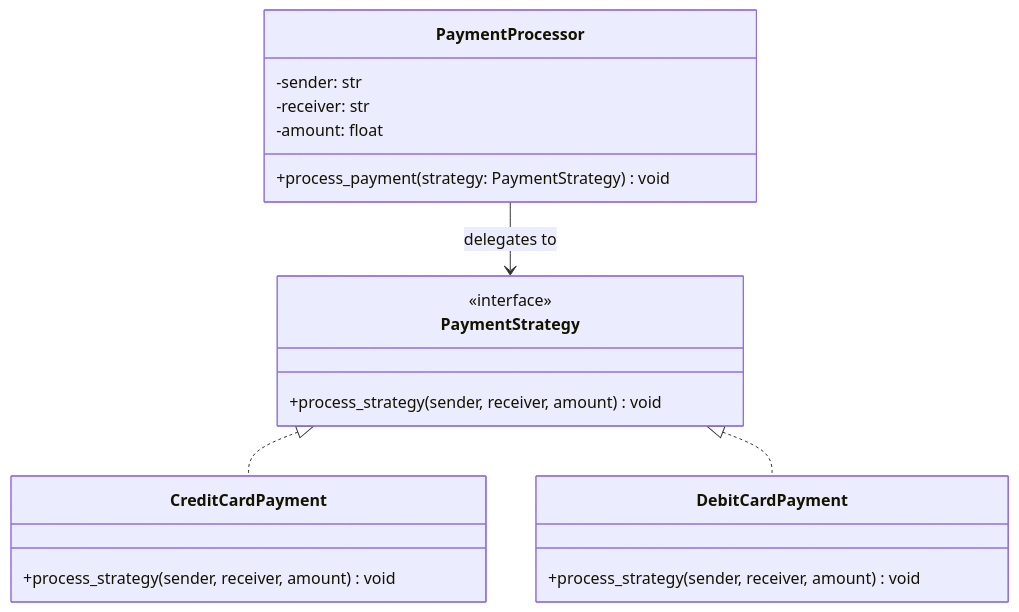
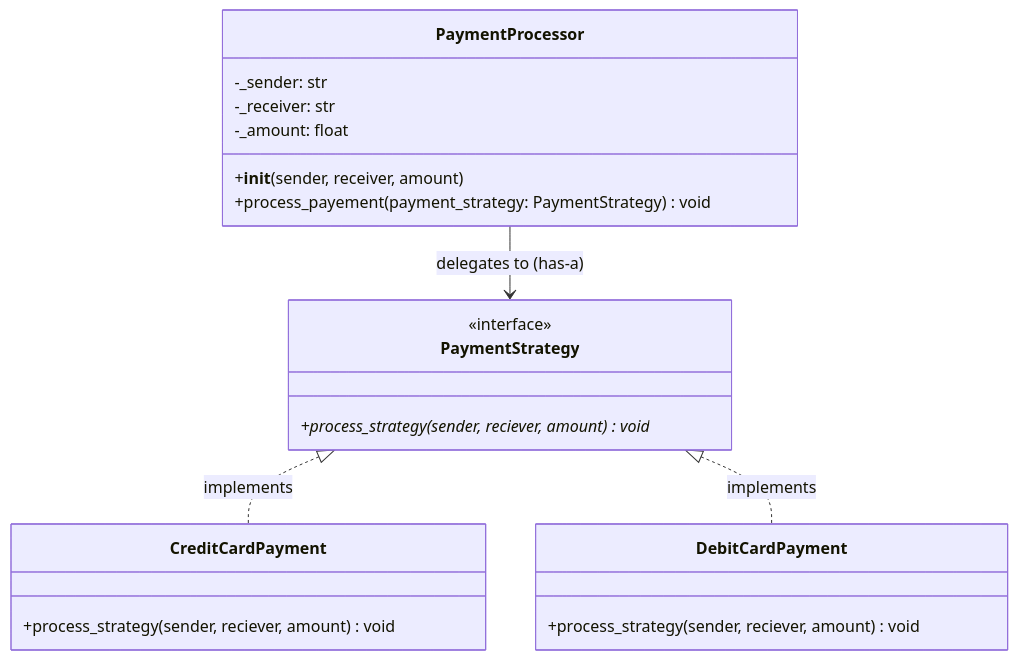
Before and after one commit to chahatsagarmain/lld: the first of 2 diagrams in strategy/README.md, drawn with Mermaid. The commit also changed other lines of this file and 13 other files, not shown here.

````diff
--- a/strategy/README.md
+++ b/strategy/README.md
@@ -26,26 +51,27 @@
 ```mermaid
 classDiagram
     class PaymentStrategy {
         <<interface>>
-        +process_strategy(sender, receiver, amount) void
+        +process_strategy(sender, reciever, amount)* void
     }
 
     class CreditCardPayment {
-        +process_strategy(sender, receiver, amount) void
+        +process_strategy(sender, reciever, amount) void
     }
 
     class DebitCardPayment {
-        +process_strategy(sender, receiver, amount) void
+        +process_strategy(sender, reciever, amount) void
     }
 
     class PaymentProcessor {
-        -sender: str
-        -receiver: str
-        -amount: float
-        +process_payment(strategy: PaymentStrategy) void
+        -_sender: str
+        -_receiver: str
+        -_amount: float
+        +__init__(sender, receiver, amount)
+        +process_payement(payment_strategy: PaymentStrategy) void
     }
 
-    PaymentStrategy <|.. CreditCardPayment
-    PaymentStrategy <|.. DebitCardPayment
-    PaymentProcessor --> PaymentStrategy : delegates to
+    PaymentStrategy <|.. CreditCardPayment : implements
+    PaymentStrategy <|.. DebitCardPayment : implements
+    PaymentProcessor --> PaymentStrategy : delegates to (has-a)
 ```
````
